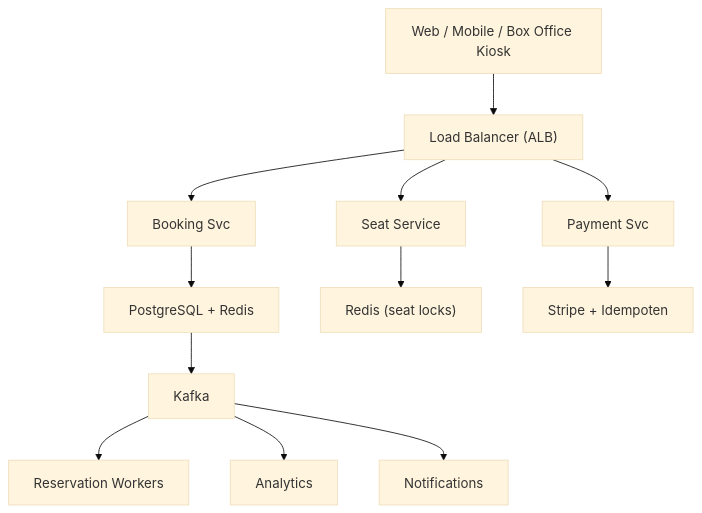
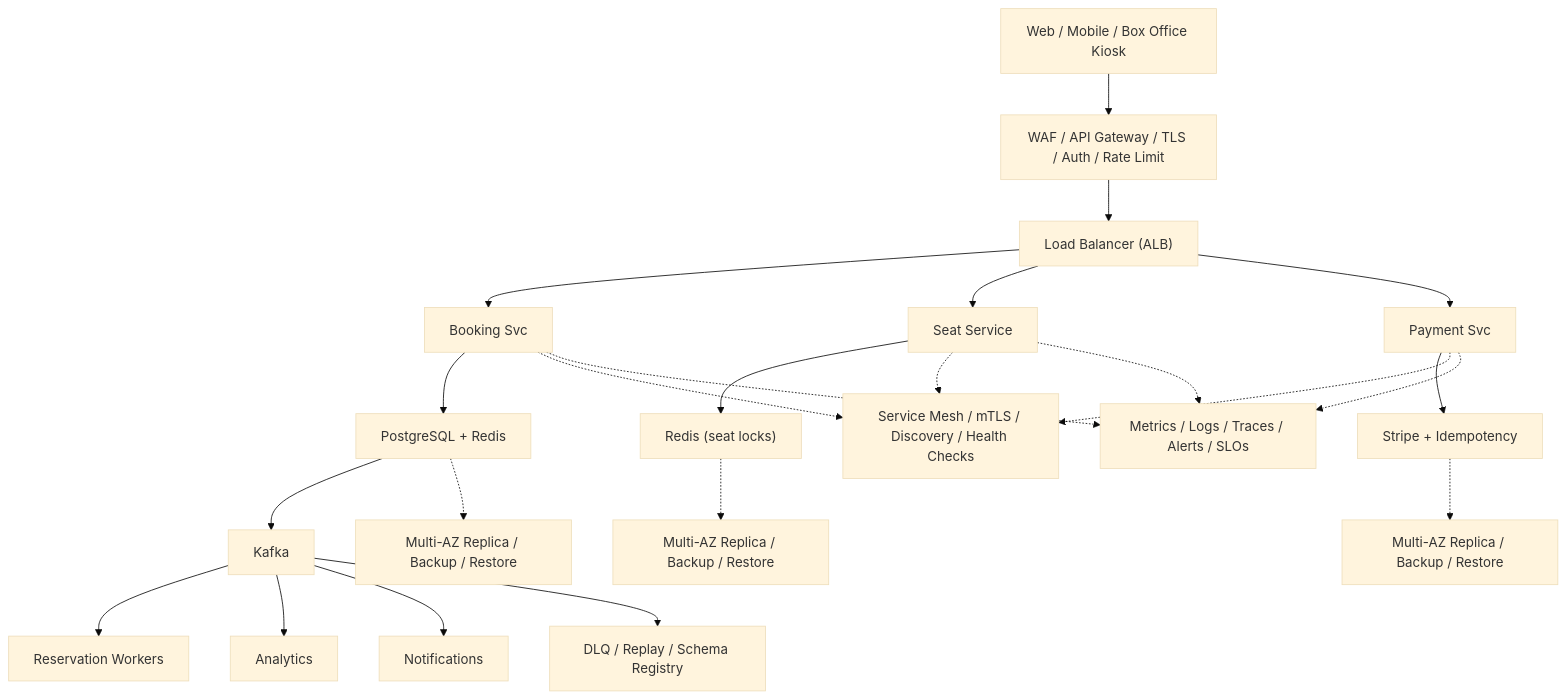
One commit to aishwary11/system-design changed the diagram in system-design-ticketing-system.md. Above: the diagram before and after it, drawn with Mermaid (base theme). The commit also changed 31 other files, not shown here.

Commit message:
Add production-grade architecture details

````diff
--- a/system-design-ticketing-system.md
+++ b/system-design-ticketing-system.md
@@ -44,14 +44,25 @@
 ```mermaid
 flowchart TB
-    clients["Web / Mobile / Box Office Kiosk"] --> lb["Load Balancer (ALB)"]
+    clients["Web / Mobile / Box Office Kiosk"] --> edge["WAF / API Gateway / TLS / Auth / Rate Limit"]
+    edge --> lb["Load Balancer (ALB)"]
     lb --> svc0["Booking Svc"]
     lb --> svc1["Seat Service"]
     lb --> svc2["Payment Svc"]
     svc0 --> store0["PostgreSQL + Redis"]
     svc1 --> store1["Redis (seat locks)"]
-    svc2 --> store2["Stripe + Idempoten"]
+    svc2 --> store2["Stripe + Idempotency"]
     store0 --> stream["Kafka"]
     stream --> worker0["Reservation Workers"]
     stream --> worker1["Analytics"]
     stream --> worker2["Notifications"]
+    svc0 -.-> platform["Service Mesh / mTLS / Discovery / Health Checks"]
+    svc1 -.-> platform
+    svc2 -.-> platform
+    store0 -.-> backup0["Multi-AZ Replica / Backup / Restore"]
+    store1 -.-> backup1["Multi-AZ Replica / Backup / Restore"]
+    store2 -.-> backup2["Multi-AZ Replica / Backup / Restore"]
+    stream --> dlq["DLQ / Replay / Schema Registry"]
+    svc0 -.-> ops["Metrics / Logs / Traces / Alerts / SLOs"]
+    svc1 -.-> ops
+    svc2 -.-> ops
 ```
````
